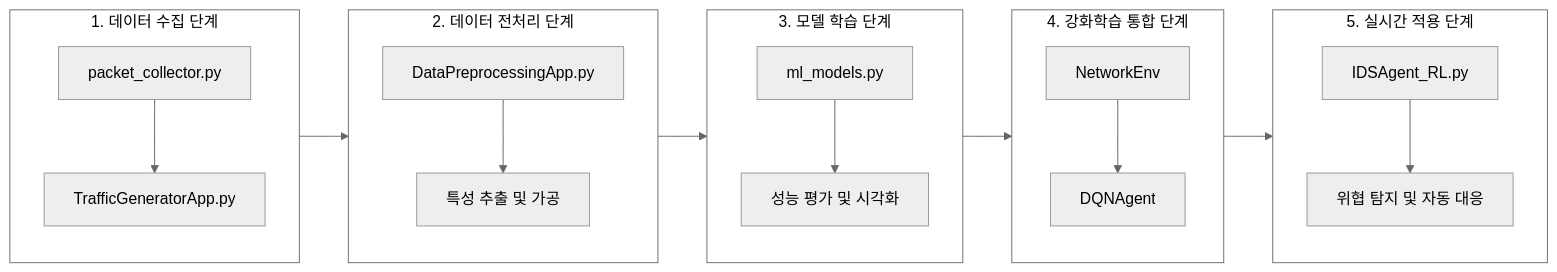
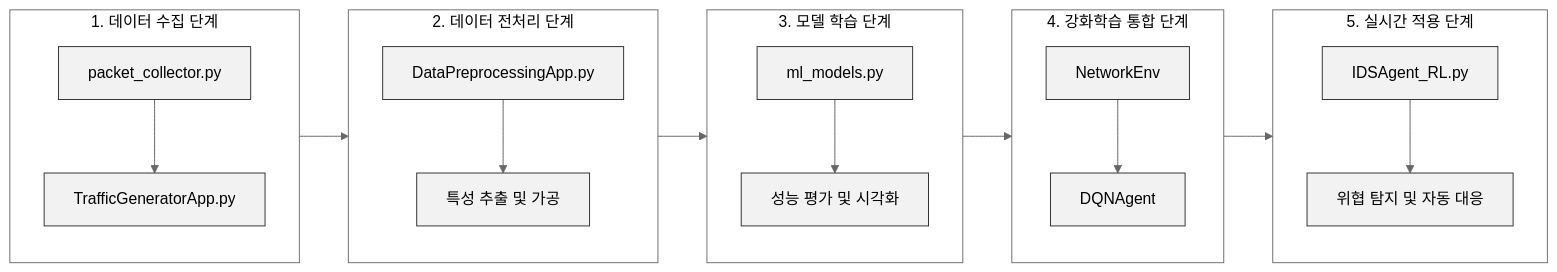
One commit to Es5724/Intrusion_DetectionSystem_AIagent changed the third of 4 diagrams in README.md. Above: the diagram before and after it, drawn with Mermaid (neutral theme). The commit also changed other lines of this file, not shown here.

````diff
--- a/README.md
+++ b/README.md
@@ -282,43 +282,43 @@
 ```mermaid
 flowchart LR
     subgraph 데이터수집[1. 데이터 수집 단계]
         packet[packet_collector.py]
         traffic[TrafficGeneratorApp.py]
         packet --> traffic
     end
 
     subgraph 전처리[2. 데이터 전처리 단계]
         preprocess[DataPreprocessingApp.py]
         feature[특성 추출 및 가공]
         preprocess --> feature
     end
 
     subgraph 모델학습[3. 모델 학습 단계]
         ml[ml_models.py]
         evaluation[성능 평가 및 시각화]
         ml --> evaluation
     end
 
     subgraph 강화학습[4. 강화학습 통합 단계]
         env[NetworkEnv]
         dqn[DQNAgent]
         env --> dqn
     end
 
     subgraph 실시간적용[5. 실시간 적용 단계]
         agent[IDSAgent_RL.py]
         response[위협 탐지 및 자동 대응]
         agent --> response
     end
 
     데이터수집 --> 전처리
     전처리 --> 모델학습
     모델학습 --> 강화학습
     강화학습 --> 실시간적용
     
-    classDef nodeText color:black;
+    classDef nodeText fill:#f2f2f2,stroke:#333,stroke-width:1px,color:black;
     class packet,traffic,preprocess,feature,ml,evaluation,env,dqn,agent,response nodeText;
     
     classDef subgraphText fill:transparent,color:black;
     class 데이터수집,전처리,모델학습,강화학습,실시간적용 subgraphText;
 ```
````
